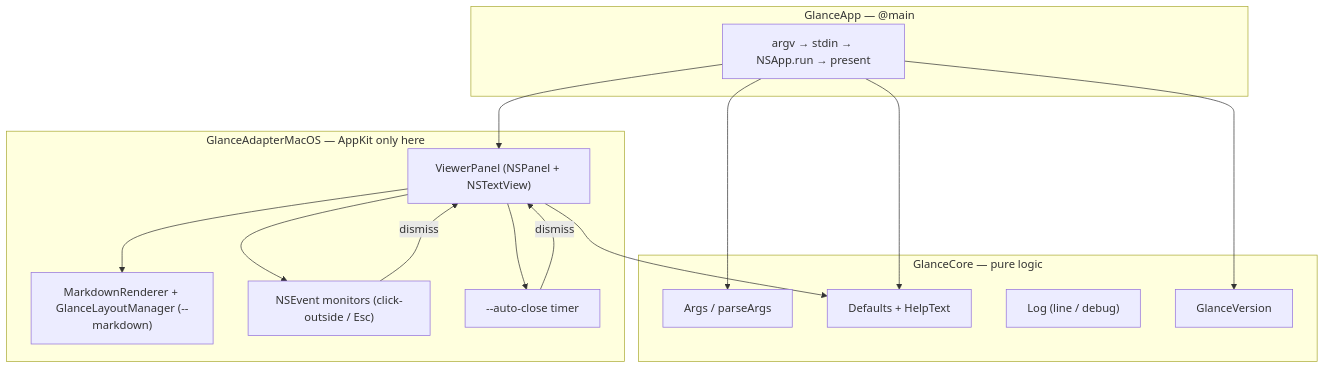
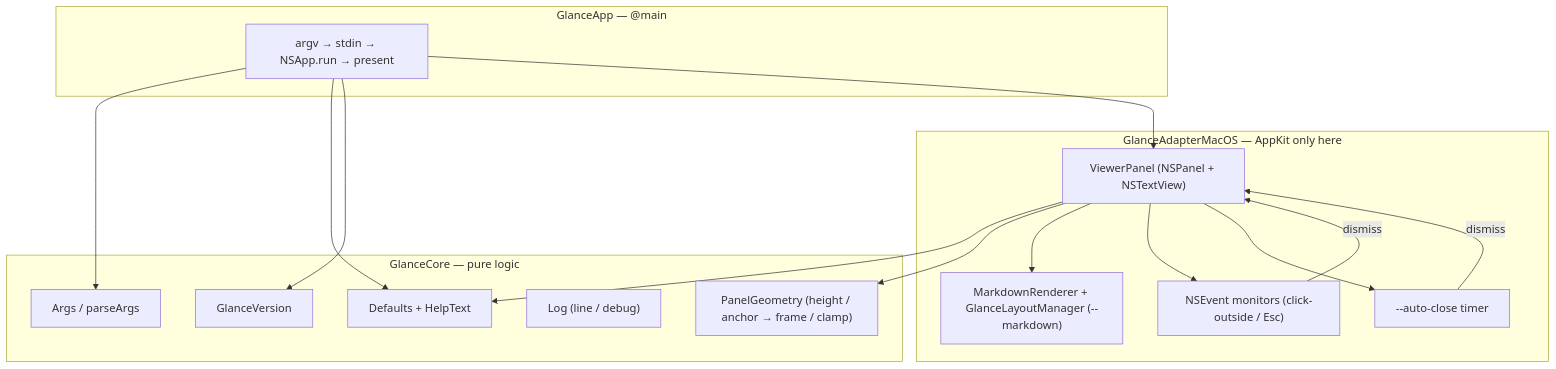
The diagram in docs/glossary.md (akira-toriyama/glance), drawn with Mermaid before and after one commit. The commit also changed other lines of this file and 6 other files, not shown here.

````diff
--- a/docs/glossary.md
+++ b/docs/glossary.md
@@ -37,28 +37,30 @@
 ```mermaid
 flowchart TB
   subgraph CORE["GlanceCore — pure logic"]
     ARGS["Args / parseArgs"]
     DEFAULTS["Defaults + HelpText"]
+    GEOM["PanelGeometry (height / anchor → frame / clamp)"]
     LOG["Log (line / debug)"]
     VERSION["GlanceVersion"]
   end
   subgraph ADAPTER["GlanceAdapterMacOS — AppKit only here"]
     PANEL["ViewerPanel (NSPanel + NSTextView)"]
     RENDER["MarkdownRenderer + GlanceLayoutManager (--markdown)"]
     MON["NSEvent monitors (click-outside / Esc)"]
     TIMER["--auto-close timer"]
   end
   subgraph APP["GlanceApp — @main"]
     MAIN["argv → stdin → NSApp.run → present"]
   end
   MAIN --> ARGS
   MAIN --> DEFAULTS
   MAIN --> VERSION
   MAIN --> PANEL
   PANEL --> DEFAULTS
+  PANEL --> GEOM
   PANEL --> RENDER
   PANEL --> MON
   PANEL --> TIMER
   MON -->|dismiss| PANEL
   TIMER -->|dismiss| PANEL
 ```
````
